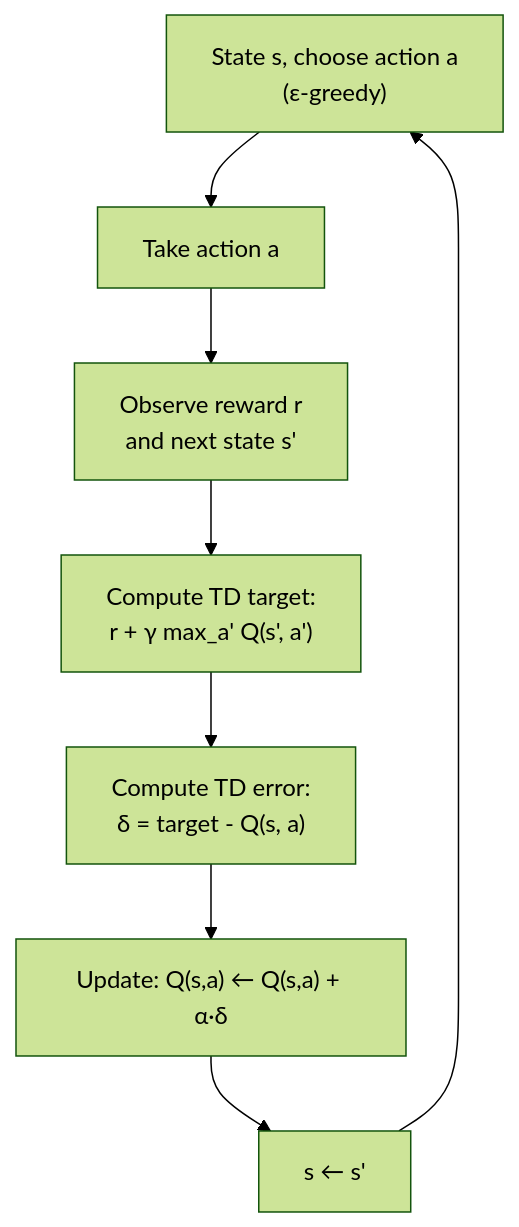
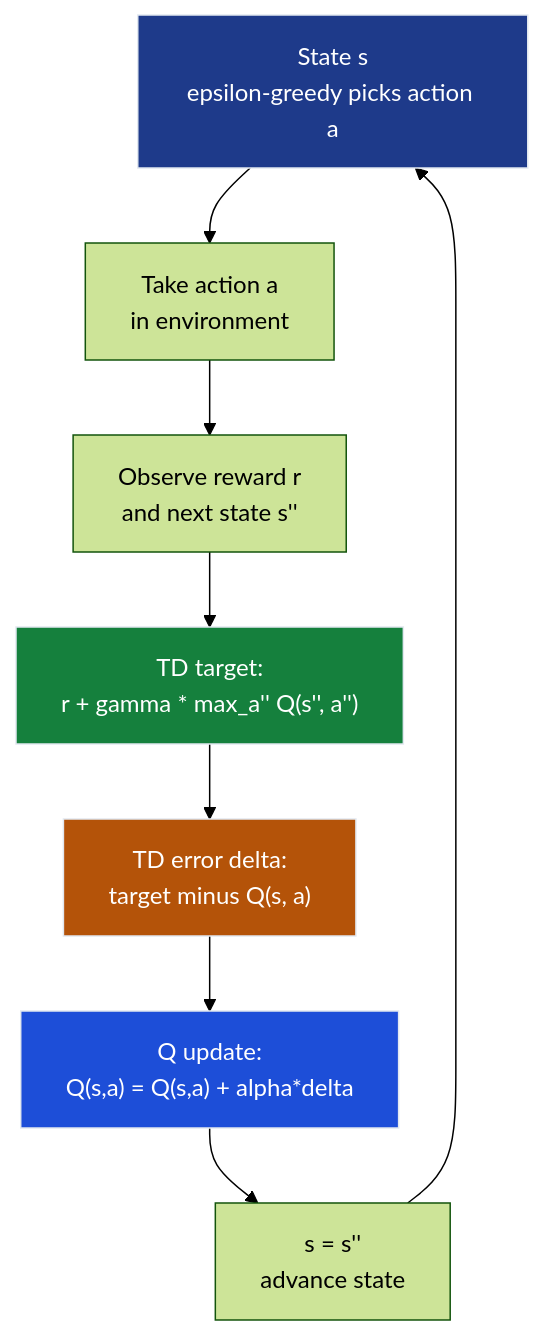
One commit to deepakshamsft/ai-portfolio changed the second of 3 diagrams in notes/01-ml/06_reinforcement_learning/ch03_q_learning/README.md. Above: the diagram before and after it, drawn with Mermaid (forest theme). The commit also changed other lines of this file and 727 other files, not shown here.

````diff
--- a/notes/01-ml/06_reinforcement_learning/ch03_q_learning/README.md
+++ b/notes/01-ml/06_reinforcement_learning/ch03_q_learning/README.md
@@ -215,10 +513,15 @@
 ```mermaid
 flowchart TD
-    A["State s, choose action a<br/>(ε-greedy)"] --> B["Take action a"]
-    B --> C["Observe reward r<br/>and next state s'"]
-    C --> D["Compute TD target:<br/>r + γ max_a' Q(s', a')"]
-    D --> E["Compute TD error:<br/>δ = target - Q(s, a)"]
-    E --> F["Update: Q(s,a) ← Q(s,a) + α·δ"]
-    F --> G["s ← s'"]
+    A["State s<br/>epsilon-greedy picks action a"] --> B["Take action a<br/>in environment"]
+    B --> C["Observe reward r<br/>and next state s''"]
+    C --> D["TD target:<br/>r + gamma * max_a'' Q(s'', a'')"]
+    D --> E["TD error delta:<br/>target minus Q(s, a)"]
+    E --> F["Q update:<br/>Q(s,a) = Q(s,a) + alpha*delta"]
+    F --> G["s = s''<br/>advance state"]
     G --> A
+
+    style A fill:#1e3a8a,stroke:#e2e8f0,color:#ffffff
+    style D fill:#15803d,stroke:#e2e8f0,color:#ffffff
+    style E fill:#b45309,stroke:#e2e8f0,color:#ffffff
+    style F fill:#1d4ed8,stroke:#e2e8f0,color:#ffffff
 ```
````
